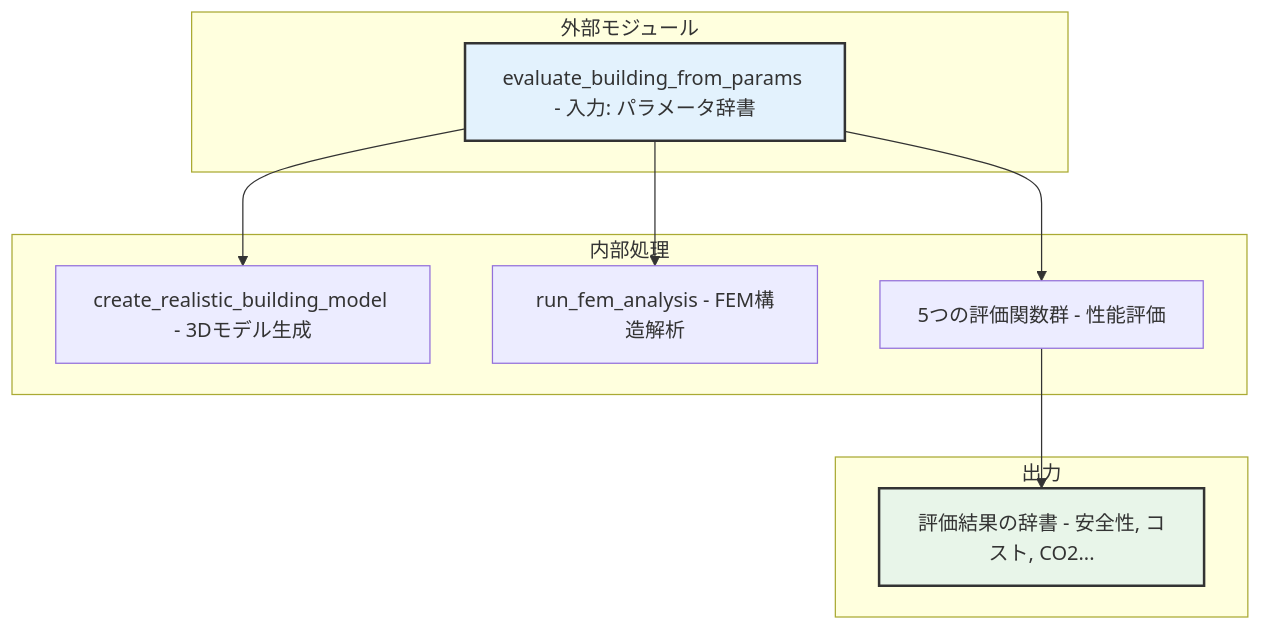
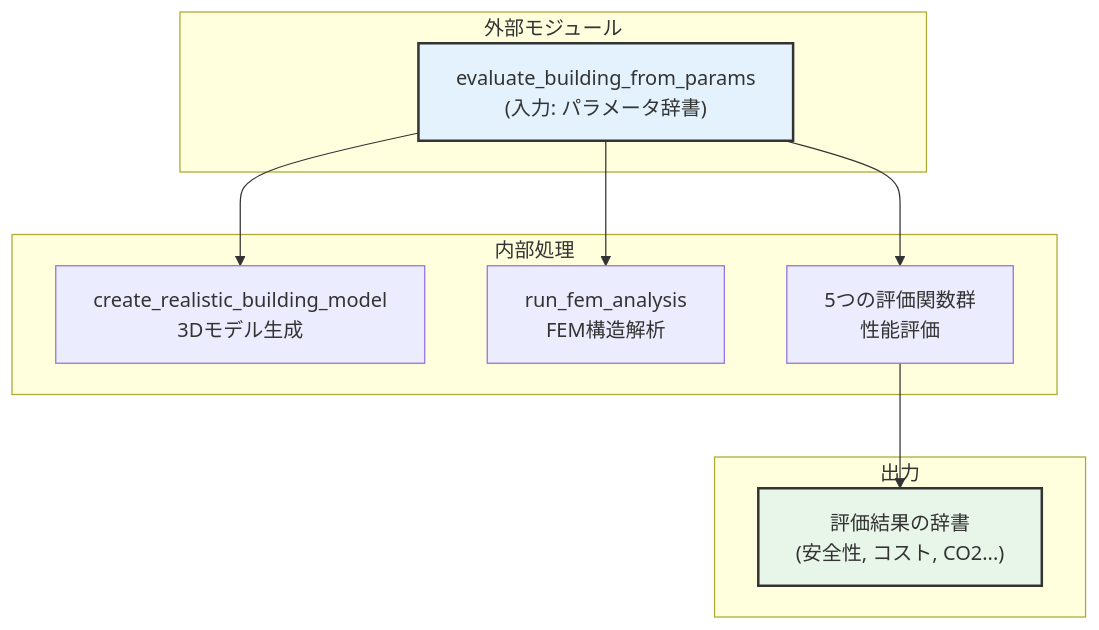
The first of 2 diagrams in docs/generate_building_fem_analyze_report_revised.md (jkushida/ai-arch), drawn with Mermaid before and after one commit. The commit also changed other lines of this file and 4 other files, not shown here.

First line of the commit message:
Fix Mermaid rendering by properly handling HTML in converter script 🔧

````diff
--- a/docs/generate_building_fem_analyze_report_revised.md
+++ b/docs/generate_building_fem_analyze_report_revised.md
@@ -13,24 +13,24 @@
 ```mermaid
 graph TD
     subgraph 外部モジュール
-        A["evaluate_building_from_params - 入力: パラメータ辞書"]
+        A["evaluate_building_from_params<br/>(入力: パラメータ辞書)"]
     end
 
     subgraph 内部処理
-        B["create_realistic_building_model - 3Dモデル生成"]
-        C["run_fem_analysis - FEM構造解析"]
-        D["5つの評価関数群 - 性能評価"]
+        B["create_realistic_building_model<br/>3Dモデル生成"]
+        C["run_fem_analysis<br/>FEM構造解析"]
+        D["5つの評価関数群<br/>性能評価"]
     end
 
     subgraph 出力
-        E["評価結果の辞書 - 安全性, コスト, CO2..."]
+        E["評価結果の辞書<br/>(安全性, コスト, CO2...)"]
     end
 
     A --> B
     A --> C
     A --> D
     D --> E
 
     style A fill:#e3f2fd,stroke:#333,stroke-width:2px
     style E fill:#e8f5e9,stroke:#333,stroke-width:2px
 ```
````
